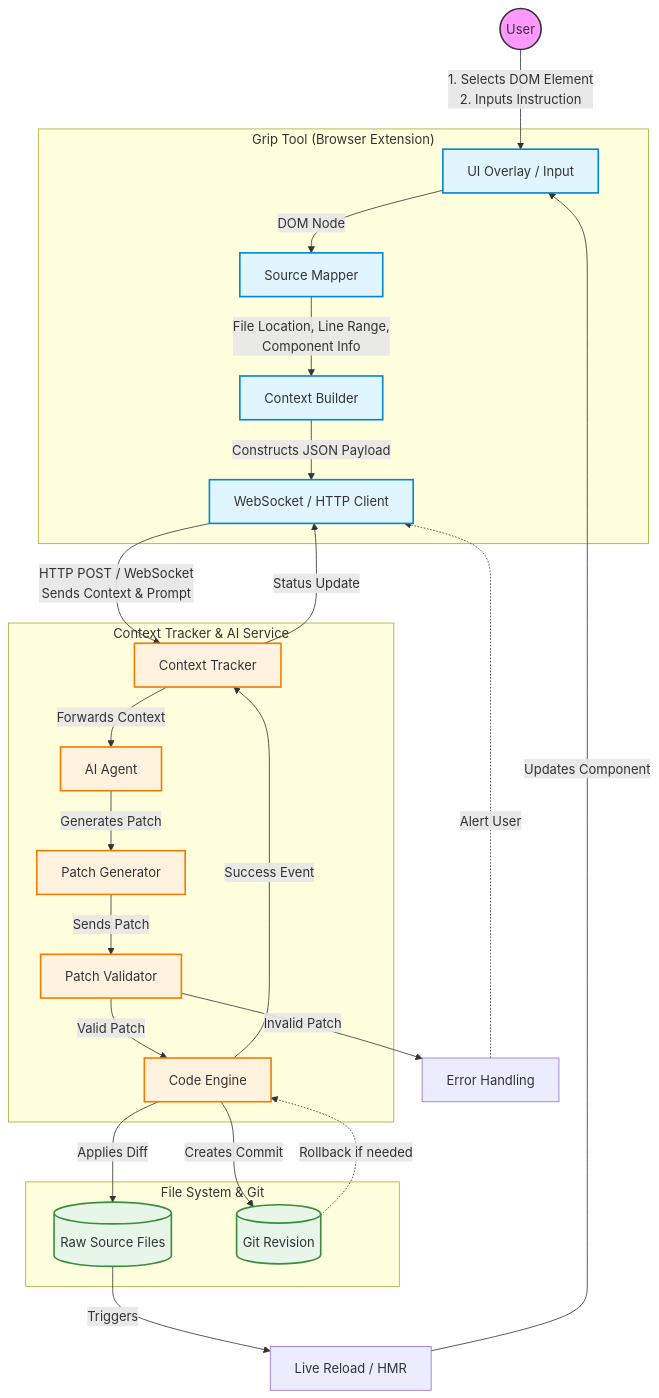
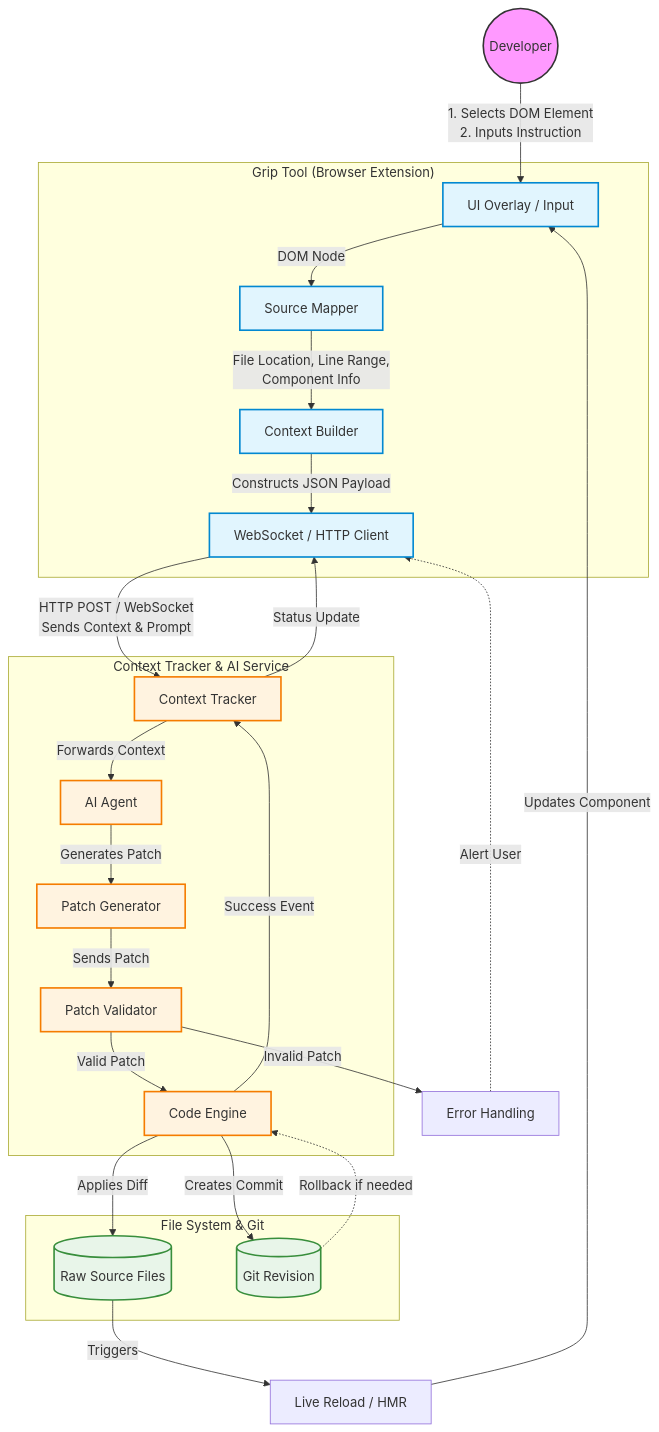
The diagram in ARCHITECHTURE.md (the-shoaib2/grip), drawn with Mermaid before and after one commit. The commit also changed other lines of this file, not shown here.

Commit message:
docs: update architecture diagram and documentation to rename User to Developer

````diff
--- a/ARCHITECHTURE.md
+++ b/ARCHITECHTURE.md
@@ -5,55 +5,55 @@
 ```mermaid
 flowchart TD
     %% Define styles
     classDef user fill:#f9f,stroke:#333,stroke-width:2px;
     classDef extension fill:#e1f5fe,stroke:#0288d1,stroke-width:2px;
     classDef server fill:#fff3e0,stroke:#f57c00,stroke-width:2px;
     classDef fs fill:#e8f5e9,stroke:#388e3c,stroke-width:2px;
     
-    U((User)):::user
+    D((Developer)):::user
 
     subgraph GripTool ["Grip Tool (Browser Extension)"]
         UI[UI Overlay / Input]:::extension
         SM[Source Mapper]:::extension
         CB[Context Builder]:::extension
         Client[WebSocket / HTTP Client]:::extension
     end
 
     subgraph Backend ["Context Tracker & AI Service"]
         CT[Context Tracker]:::server
         AI[AI Agent]:::server
         PG[Patch Generator]:::server
         PV[Patch Validator]:::server
         CE[Code Engine]:::server
     end
 
     subgraph Storage ["File System & Git"]
         FS[(Raw Source Files)]:::fs
         GIT[(Git Revision)]:::fs
     end
 
-    U -->|1. Selects DOM Element\n2. Inputs Instruction| UI
+    D -->|1. Selects DOM Element\n2. Inputs Instruction| UI
     UI -->|DOM Node| SM
     SM -->|File Location, Line Range,\nComponent Info| CB
     CB -->|Constructs JSON Payload| Client
     Client -->|HTTP POST / WebSocket\nSends Context & Prompt| CT
 
     CT -->|Forwards Context| AI
     AI -->|Generates Patch| PG
     PG -->|Sends Patch| PV
     
     PV -- Valid Patch --> CE
     PV -- Invalid Patch --> Error[Error Handling]
     Error -.->|Alert User| Client
     
     CE -->|Applies Diff| FS
     CE -->|Creates Commit| GIT
     
     GIT -.->|Rollback if needed| CE
     
     CE -->|Success Event| CT
     CT -->|Status Update| Client
     
     FS -->|Triggers| HMR[Live Reload / HMR]
     HMR -->|Updates Component| UI
 ```
````
